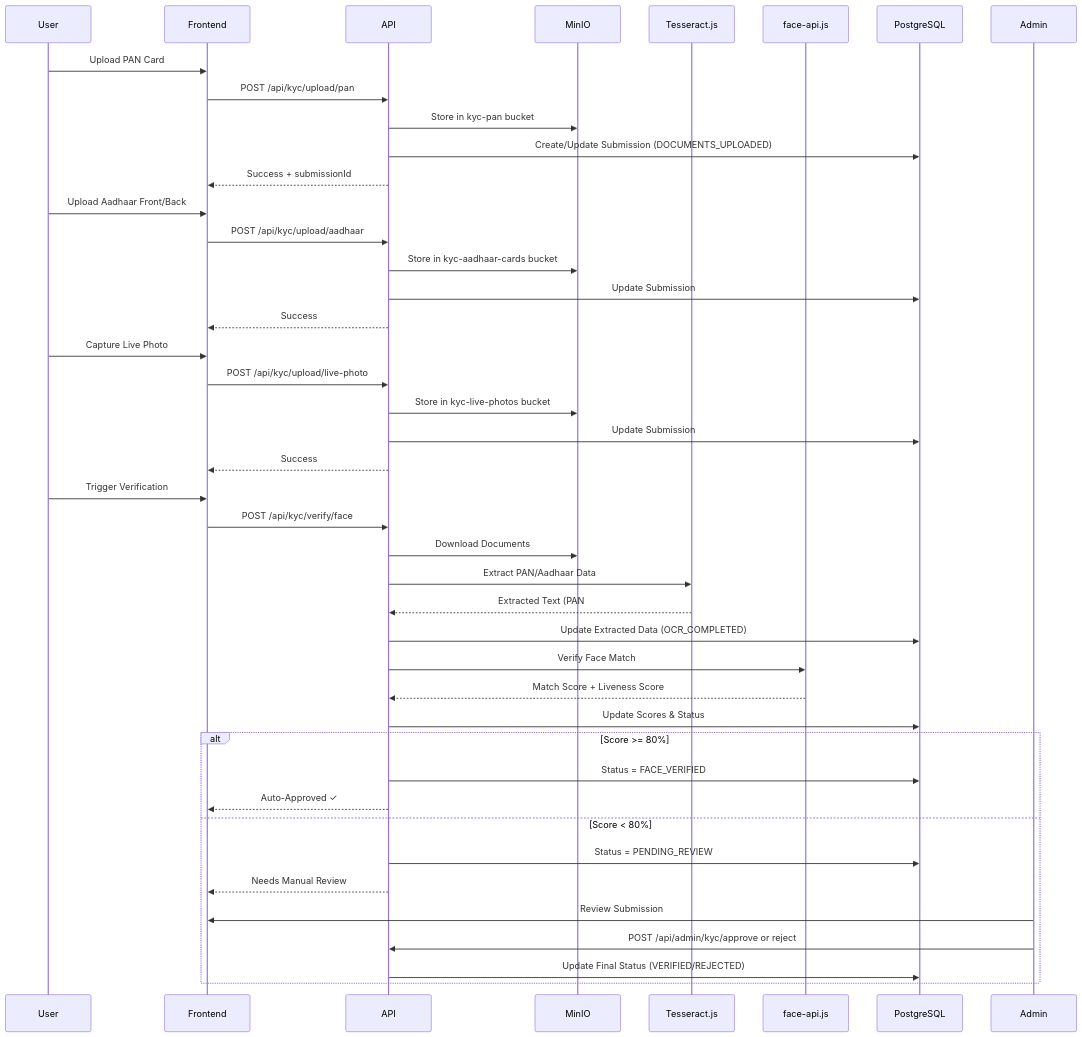
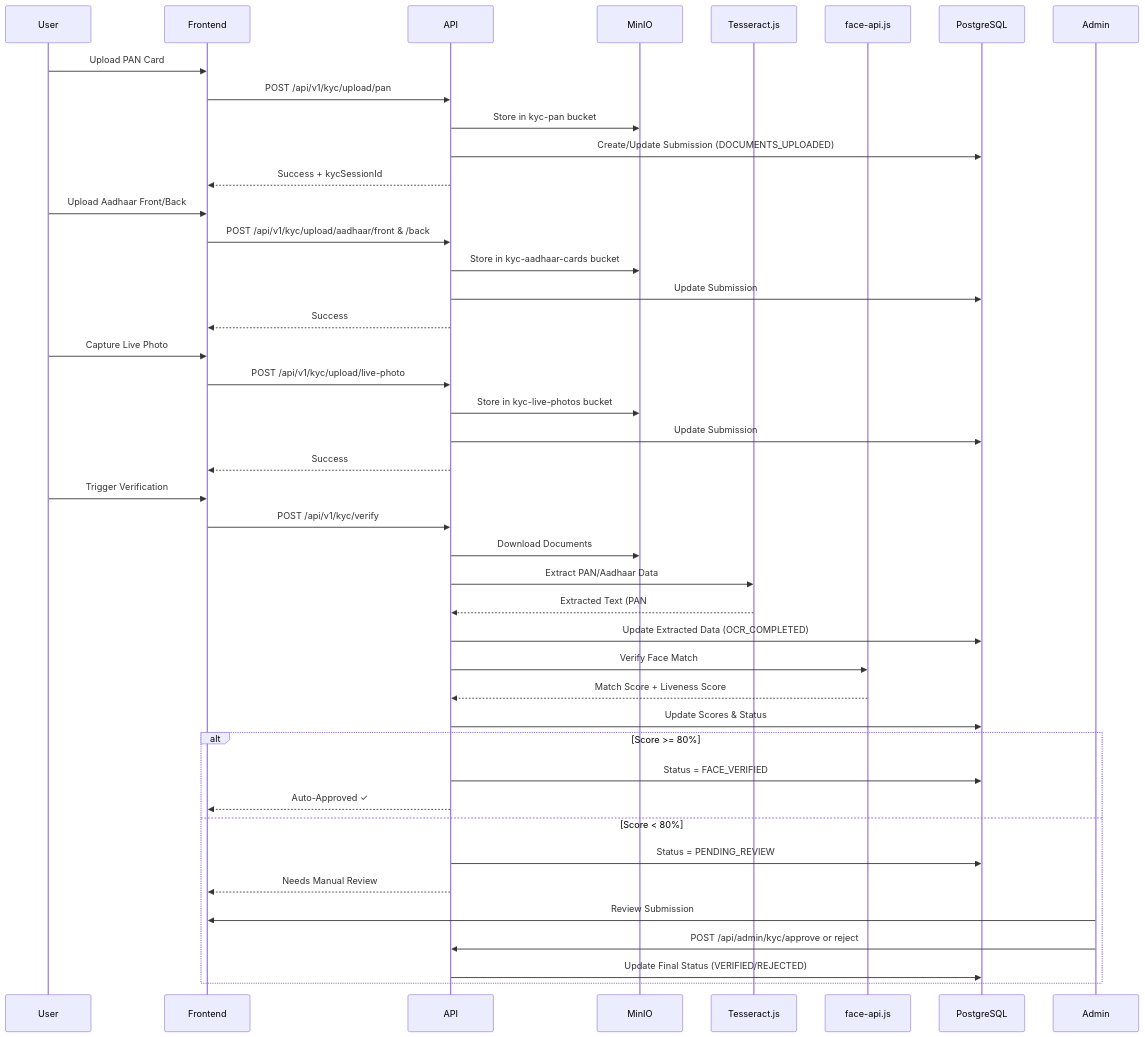
The second of 2 diagrams in README.md (Enxt-AI/enxtai-kyc-system), drawn with Mermaid before and after one commit. The commit also changed other lines of this file and 8 other files, not shown here.

````diff
--- a/README.md
+++ b/README.md
@@ -67,49 +85,49 @@
 ```mermaid
 sequenceDiagram
     participant User
     participant Frontend
     participant API
     participant Storage as MinIO
     participant OCR as Tesseract.js
     participant FaceRec as face-api.js
     participant DB as PostgreSQL
-    
+
     User->>Frontend: Upload PAN Card
-    Frontend->>API: POST /api/kyc/upload/pan
+    Frontend->>API: POST /api/v1/kyc/upload/pan
     API->>Storage: Store in kyc-pan bucket
     API->>DB: Create/Update Submission (DOCUMENTS_UPLOADED)
-    API-->>Frontend: Success + submissionId
-    
+    API-->>Frontend: Success + kycSessionId
+
     User->>Frontend: Upload Aadhaar Front/Back
-    Frontend->>API: POST /api/kyc/upload/aadhaar
+    Frontend->>API: POST /api/v1/kyc/upload/aadhaar/front & /back
     API->>Storage: Store in kyc-aadhaar-cards bucket
     API->>DB: Update Submission
     API-->>Frontend: Success
-    
+
     User->>Frontend: Capture Live Photo
-    Frontend->>API: POST /api/kyc/upload/live-photo
+    Frontend->>API: POST /api/v1/kyc/upload/live-photo
     API->>Storage: Store in kyc-live-photos bucket
     API->>DB: Update Submission
     API-->>Frontend: Success
-    
+
     User->>Frontend: Trigger Verification
-    Frontend->>API: POST /api/kyc/verify/face
+    Frontend->>API: POST /api/v1/kyc/verify
     API->>Storage: Download Documents
     API->>OCR: Extract PAN/Aadhaar Data
     OCR-->>API: Extracted Text (PAN#, name, DOB, address)
     API->>DB: Update Extracted Data (OCR_COMPLETED)
     API->>FaceRec: Verify Face Match
     FaceRec-->>API: Match Score + Liveness Score
     API->>DB: Update Scores & Status
-    
+
     alt Score >= 80%
         API->>DB: Status = FACE_VERIFIED
         API-->>Frontend: Auto-Approved ✓
     else Score < 80%
         API->>DB: Status = PENDING_REVIEW
         API-->>Frontend: Needs Manual Review
         Admin->>Frontend: Review Submission
         Admin->>API: POST /api/admin/kyc/approve or reject
         API->>DB: Update Final Status (VERIFIED/REJECTED)
     end
 ```
````
